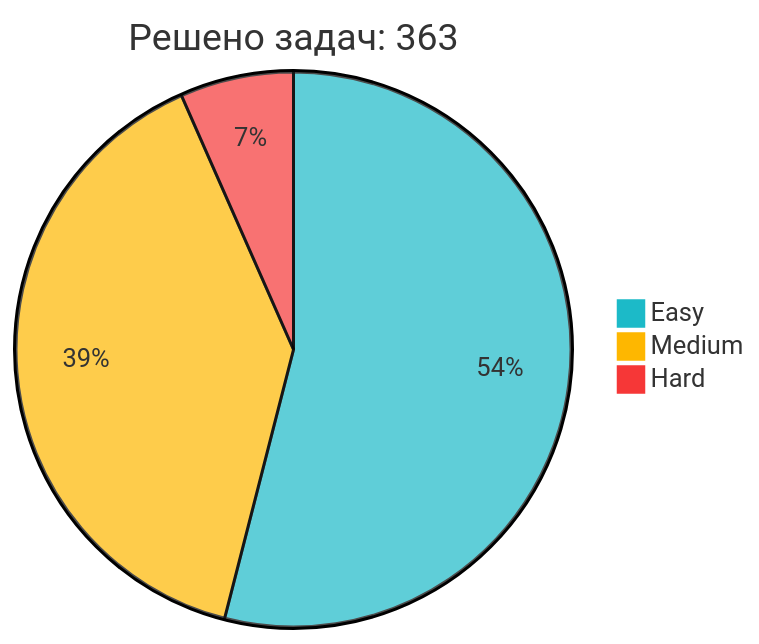
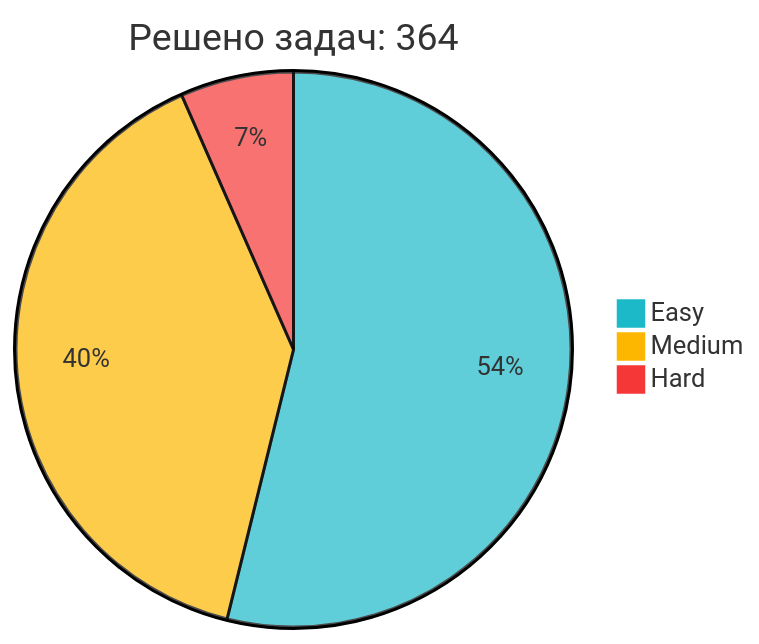
Before and after one commit to IliaKurdukov/IliaKurdukov: the diagram in README.md, drawn with Mermaid. The commit also changed other lines of this file, not shown here.

Commit message:
📈 Обновление статистики LeetCode

````diff
--- a/README.md
+++ b/README.md
@@ -51,7 +51,7 @@
 ```mermaid
 %%{init: {'theme': 'base', 'themeVariables': { 'pie1': '#1CBAC8', 'pie2': '#FEB700', 'pie3': '#F63737' }, 'config': {'width': 300, 'height': 200}}}%%
-pie title Решено задач: 363
+pie title Решено задач: 364
    "Easy" : 196
-   "Medium" : 143
+   "Medium" : 144
    "Hard" : 24
 ```
````
